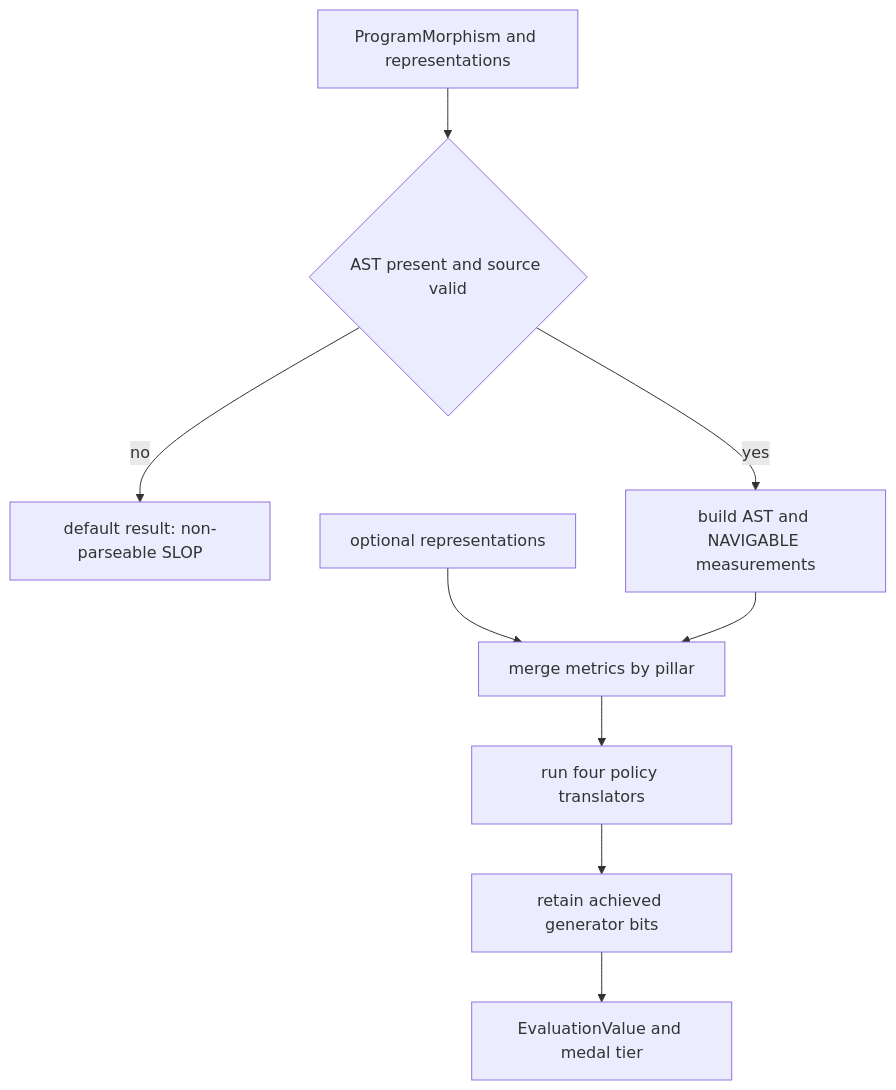
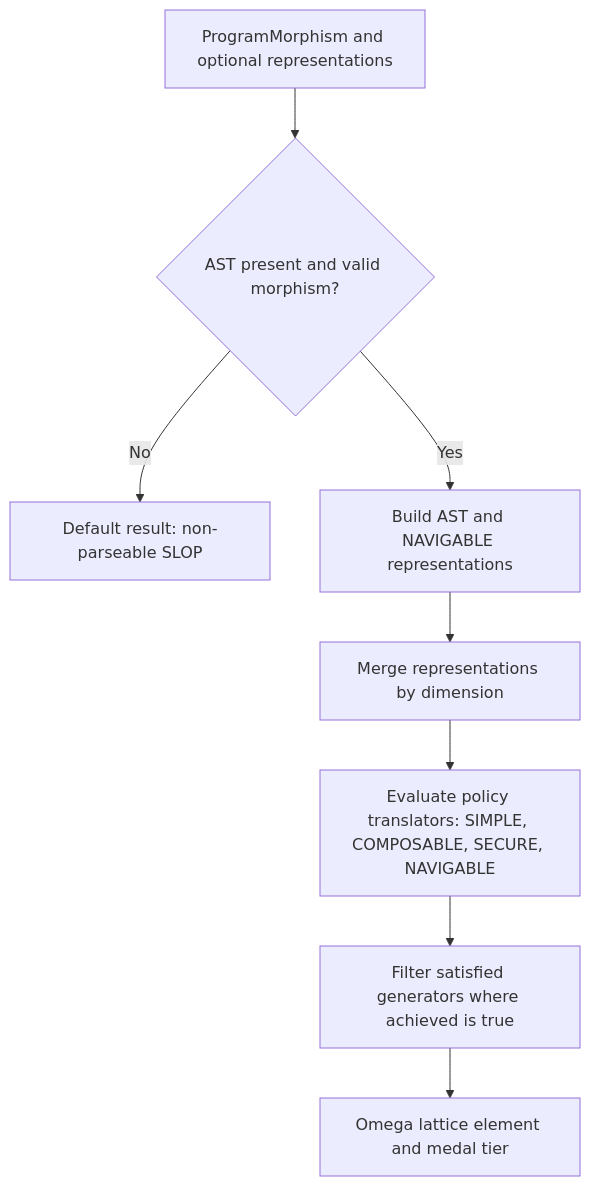
The first of 2 diagrams in openwiki/domain/quality-model.md (Krv-Labs/topos), drawn with Mermaid before and after one commit. The commit also changed other lines of this file and 21 other files, not shown here.

````diff
--- a/openwiki/domain/quality-model.md
+++ b/openwiki/domain/quality-model.md
@@ -66,11 +78,10 @@
 ```mermaid
 flowchart TD
-    Source["ProgramMorphism and representations"] --> Valid{"AST present and source valid"}
-    Valid -->|no| ParseFail["default result: non-parseable SLOP"]
-    Valid -->|yes| Local["build AST and NAVIGABLE measurements"]
-    Extra["optional representations"] --> Merge["merge metrics by pillar"]
-    Local --> Merge
-    Merge --> Policies["run four policy translators"]
-    Policies --> Bits["retain achieved generator bits"]
-    Bits --> Verdict["EvaluationValue and medal tier"]
+    Morphism["ProgramMorphism and optional representations"] --> Valid{"AST present and valid morphism?"}
+    Valid -->|No| SLOP["Default result: non-parseable SLOP"]
+    Valid -->|Yes| BuildReps["Build AST and NAVIGABLE representations"]
+    BuildReps --> Merge["Merge representations by dimension"]
+    Merge --> Policies["Evaluate policy translators: SIMPLE, COMPOSABLE, SECURE, NAVIGABLE"]
+    Policies --> Achieved["Filter satisfied generators where achieved is true"]
+    Achieved --> Lattice["Omega lattice element and medal tier"]
 ```
````
